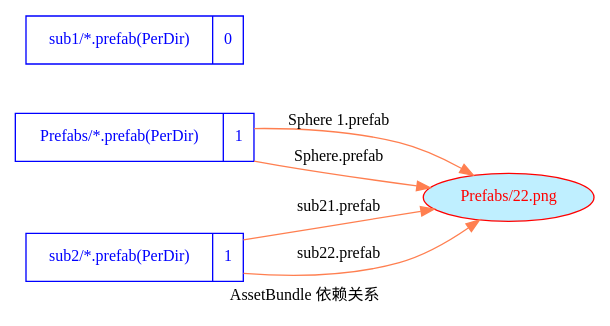
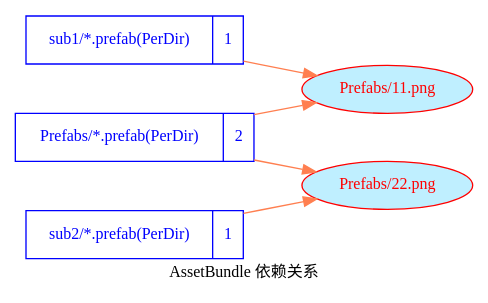
One commit to songtm/ABSystem changed the diagram in Assets/StreamingAssets/AssetBundles/00dep.dot. Above: the diagram before and after it, drawn with Graphviz. The commit also changed 12 other files, not shown here.

```diff
--- a/Assets/StreamingAssets/AssetBundles/00dep.dot
+++ b/Assets/StreamingAssets/AssetBundles/00dep.dot
@@ -1,24 +1,26 @@
 digraph dep {
     fontname = "Microsoft YaHei";
     label = "AssetBundle 依赖关系"
     nodesep=0.5
     rankdir = "LR"
     fontsize = 12;
     node [ fontname = "Microsoft YaHei", fontsize = 12, shape = "record" color="skyblue"];
     edge [ fontname = "Microsoft YaHei", fontsize = 12 , color="coral"];
-	"Prefabs/*.prefab(PerDir)" [color="blue", fontcolor="blue", label="{<f0> Prefabs/*.prefab(PerDir) |<f1> 1 }"]
-	"sub1/*.prefab(PerDir)" [color="blue", fontcolor="blue", label="{<f0> sub1/*.prefab(PerDir) |<f1> 0 }"]
+	"Prefabs/*.prefab(PerDir)" [color="blue", fontcolor="blue", label="{<f0> Prefabs/*.prefab(PerDir) |<f1> 2 }"]
+	"sub1/*.prefab(PerDir)" [color="blue", fontcolor="blue", label="{<f0> sub1/*.prefab(PerDir) |<f1> 1 }"]
 	"sub2/*.prefab(PerDir)" [color="blue", fontcolor="blue", label="{<f0> sub2/*.prefab(PerDir) |<f1> 1 }"]
+	"Prefabs/11.png" [color="red", fontcolor="red", shape="ellipse", fillcolor="lightblue1", style="filled"]
 	"Prefabs/22.png" [color="red", fontcolor="red", shape="ellipse", fillcolor="lightblue1", style="filled"]
-	"Prefabs/*.prefab(PerDir)"->"Prefabs/22.png" [label="Sphere 1.prefab"]
+	"Prefabs/*.prefab(PerDir)"->"Prefabs/11.png"
+	"Prefabs/*.prefab(PerDir)"->"Prefabs/22.png"
 
-	"Prefabs/*.prefab(PerDir)"->"Prefabs/22.png" [label="Sphere.prefab"]
+
+	"sub1/*.prefab(PerDir)"->"Prefabs/11.png"
+
+
+	"sub2/*.prefab(PerDir)"->"Prefabs/22.png"
 
 
 
-	"sub2/*.prefab(PerDir)"->"Prefabs/22.png" [label="sub21.prefab"]
-
-	"sub2/*.prefab(PerDir)"->"Prefabs/22.png" [label="sub22.prefab"]
-
 
 }
```
